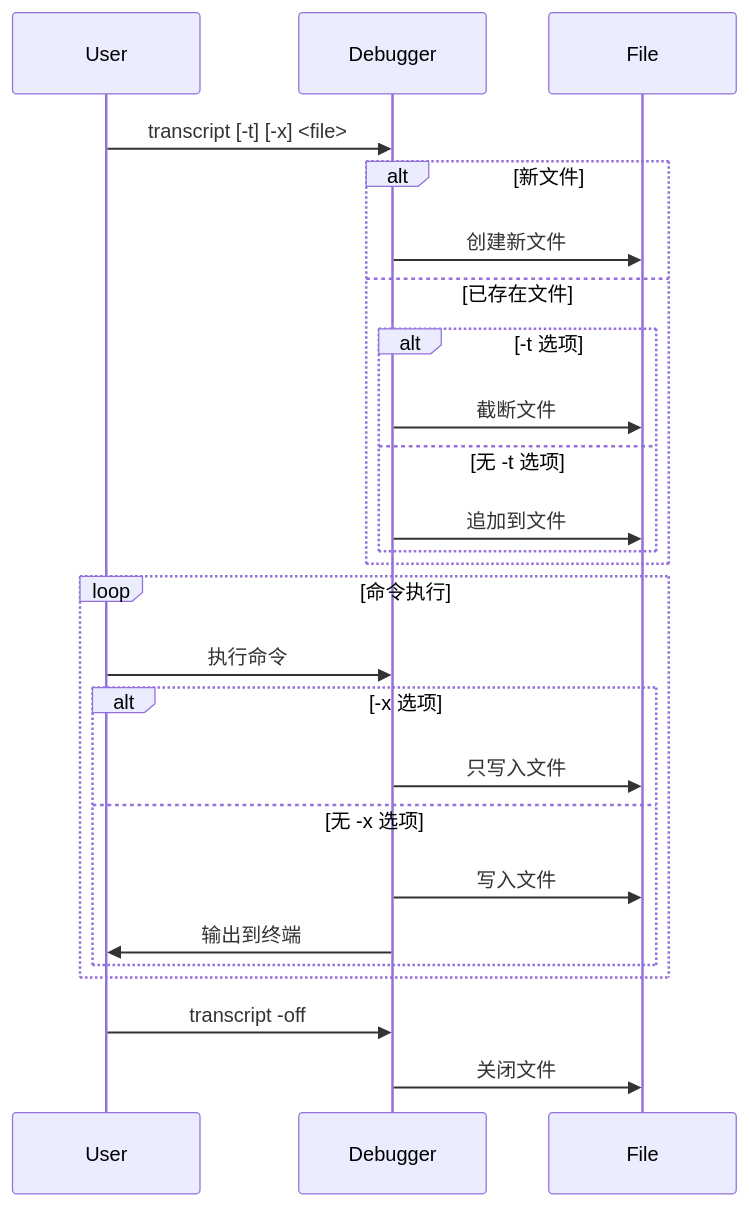
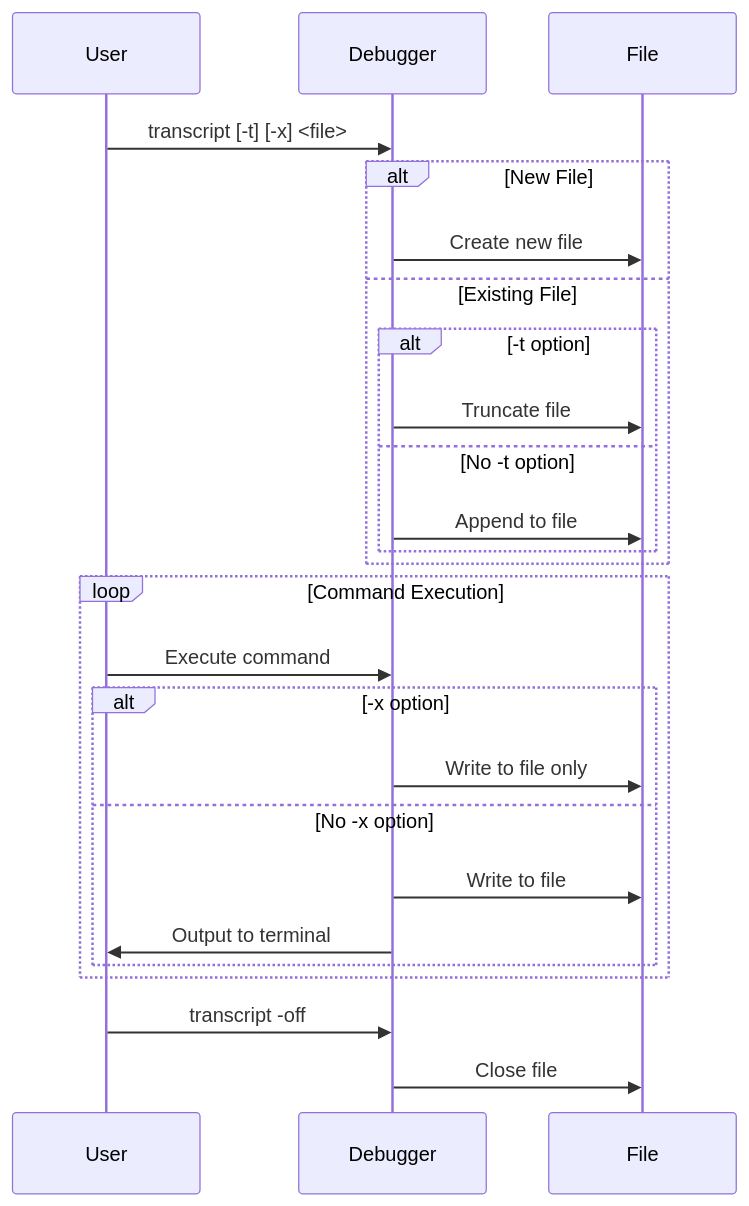
Before and after one commit to hitzhangjie/golang-debugger-book-en: the diagram in book/9-develop-sym-debugger/3-高级功能扩展/109-howto_transcript_debugging.md, drawn with Mermaid. The commit also changed other lines of this file and 44 other files, not shown here.

````diff
--- a/book/9-develop-sym-debugger/3-高级功能扩展/109-howto_transcript_debugging.md
+++ b/book/9-develop-sym-debugger/3-高级功能扩展/109-howto_transcript_debugging.md
@@ -62,27 +62,27 @@
 ```mermaid
 sequenceDiagram
     participant User
     participant Debugger
     participant File
     User->>Debugger: transcript [-t] [-x] <file>
-    alt 新文件
-        Debugger->>File: 创建新文件
-    else 已存在文件
-        alt -t 选项
-            Debugger->>File: 截断文件
-        else 无 -t 选项
-            Debugger->>File: 追加到文件
+    alt New File
+        Debugger->>File: Create new file
+    else Existing File
+        alt -t option
+            Debugger->>File: Truncate file
+        else No -t option
+            Debugger->>File: Append to file
         end
     end
-    loop 命令执行
-        User->>Debugger: 执行命令
-        alt -x 选项
-            Debugger->>File: 只写入文件
-        else 无 -x 选项
-            Debugger->>File: 写入文件
-            Debugger->>User: 输出到终端
+    loop Command Execution
+        User->>Debugger: Execute command
+        alt -x option
+            Debugger->>File: Write to file only
+        else No -x option
+            Debugger->>File: Write to file
+            Debugger->>User: Output to terminal
         end
     end
     User->>Debugger: transcript -off
-    Debugger->>File: 关闭文件
+    Debugger->>File: Close file
 ```
````
